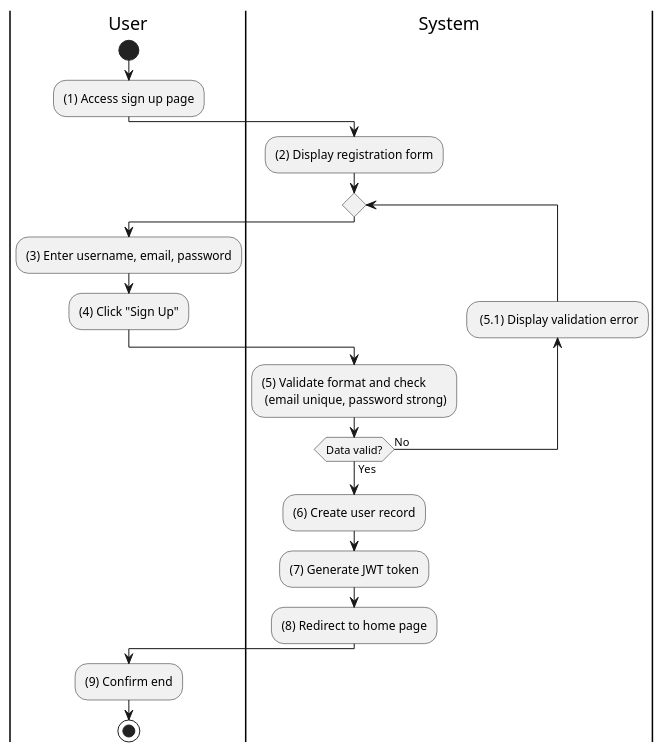
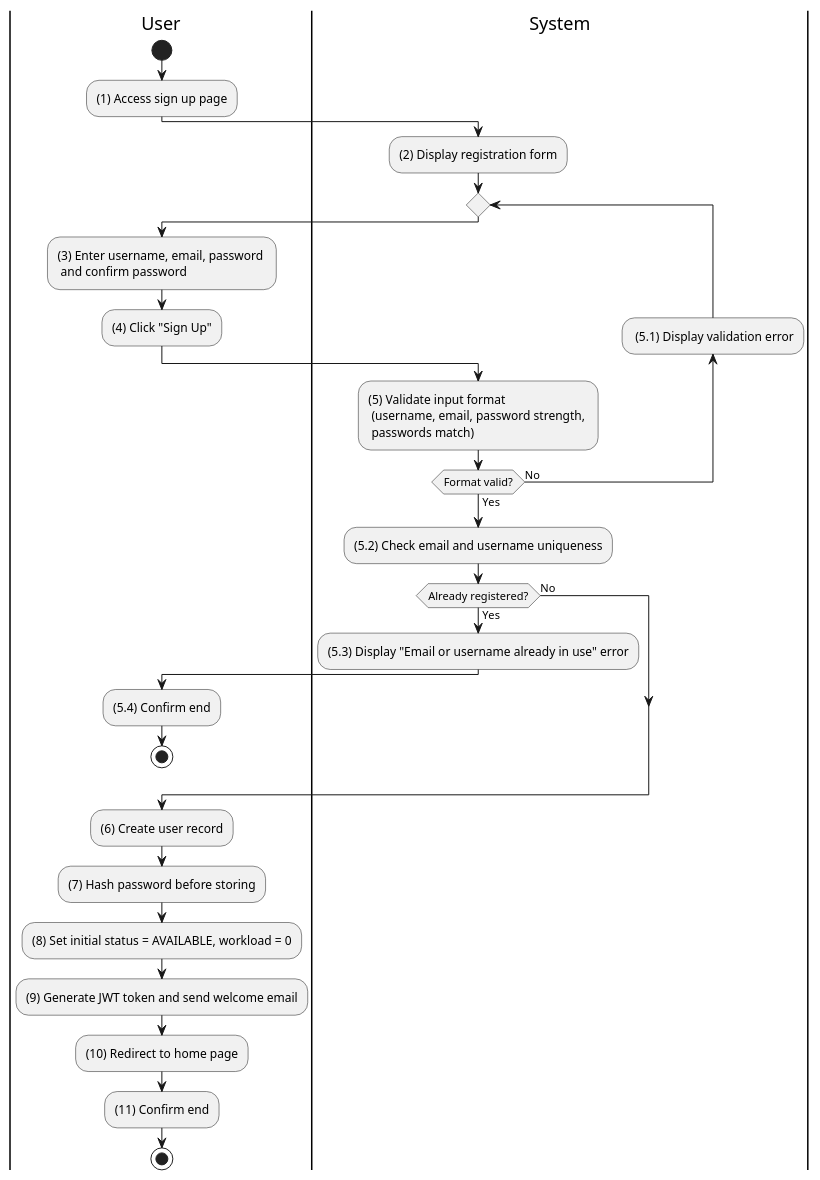
One commit to taskpilot-platform/taskpilot-platform.github.io changed the diagram in docs/docs/activity/auth/register.md. Above: the diagram before and after it, drawn with PlantUML. The commit also changed 17 other files, not shown here.

````diff
--- a/docs/docs/activity/auth/register.md
+++ b/docs/docs/activity/auth/register.md
@@ -3,32 +3,44 @@
 ```plantuml
 @startuml
 |U|User
 |S|System
 
 |U|
 start
 :(1) Access sign up page;
 
 |S|
 :(2) Display registration form;
 
 repeat
   |U|
-  :(3) Enter username, email, password;
+  :(3) Enter username, email, password \n and confirm password;
   :(4) Click "Sign Up";
 
   |S|
-  :(5) Validate format and check \n (email unique, password strong);
+  :(5) Validate input format \n (username, email, password strength, \n passwords match);
   backward: (5.1) Display validation error;
-repeat while (Data valid?) is (No) not (Yes)
+repeat while (Format valid?) is (No) not (Yes)
+
+:(5.2) Check email and username uniqueness;
+
+if (Already registered?) then (Yes)
+  :(5.3) Display "Email or username already in use" error;
+  |U|
+  :(5.4) Confirm end;
+  stop
+else (No)
+endif
 
 :(6) Create user record;
-:(7) Generate JWT token;
-:(8) Redirect to home page;
+:(7) Hash password before storing;
+:(8) Set initial status = AVAILABLE, workload = 0;
+:(9) Generate JWT token and send welcome email;
+:(10) Redirect to home page;
 
 |U|
-:(9) Confirm end;
+:(11) Confirm end;
 
 stop
 @enduml
 ```
````
